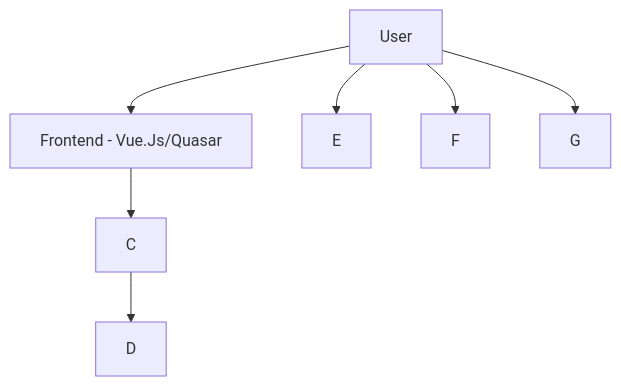
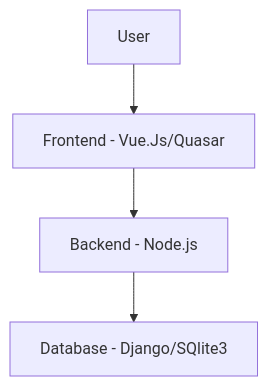
Before and after one commit to Jonathanngamboe/g-09-gpteam: the diagram in readme.md, drawn with Mermaid. The commit also changed other lines of this file and 7 other files, not shown here.

````diff
--- a/readme.md
+++ b/readme.md
@@ -14,9 +20,6 @@
 ```mermaid
 graph TD;
     A[User] --> B[Frontend - Vue.Js/Quasar];
-    B --> C;
-    C --> D;
-    A --> E;
-    A --> F;
-    A --> G;
+    B --> C[Backend - Node.js];
+    C --> D[Database - Django/SQlite3];
 ```
````
